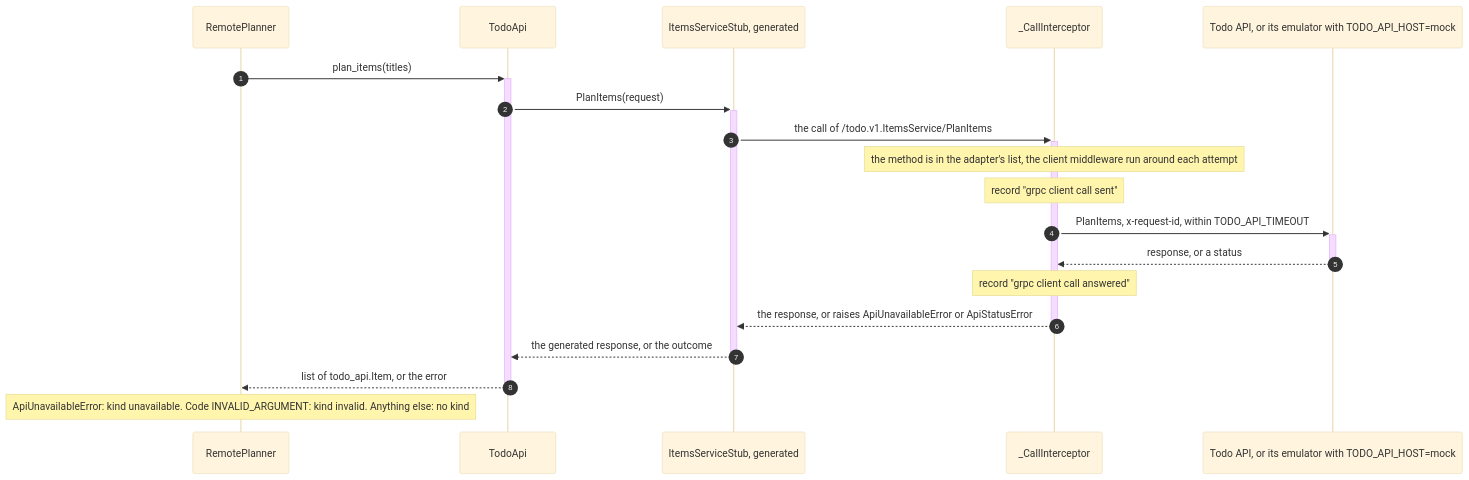
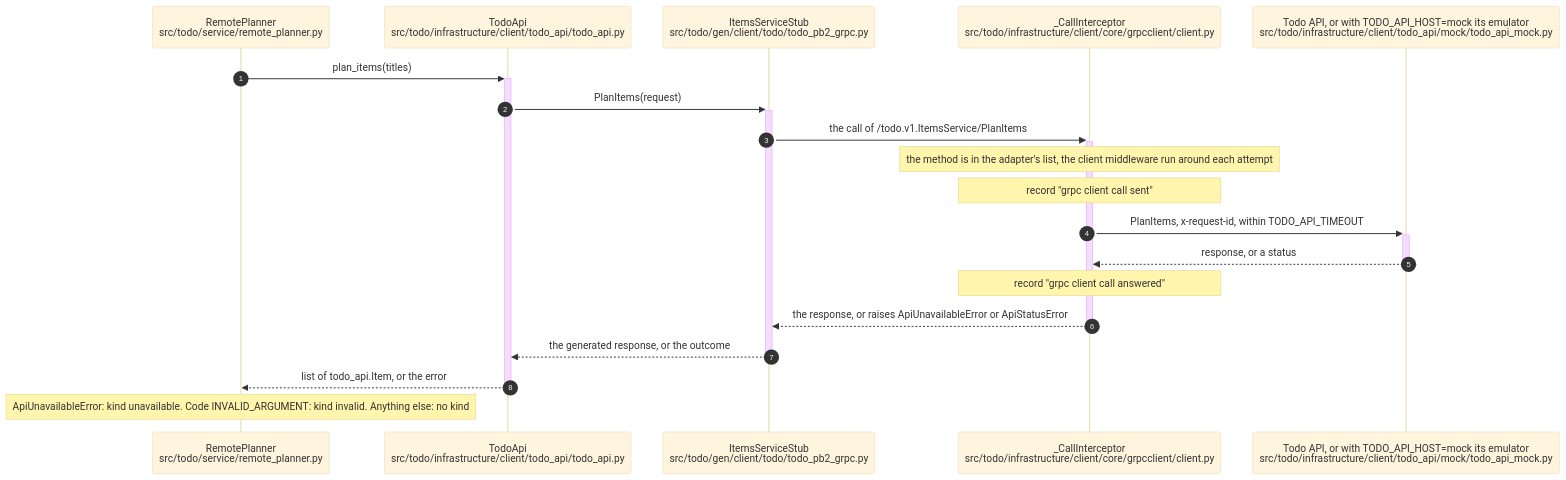
The diagram in library/architecture/python/vp-grpc-client-in-python.skill/diagrams/example-flow.mmd (InsonusK/ai-skills), drawn with Mermaid (base theme) before and after one commit. The commit also changed 9 other files, not shown here.

Commit message:
vp-diagrams: each participant of a sequence names its real class and its file

```diff
--- a/library/architecture/python/vp-grpc-client-in-python.skill/diagrams/example-flow.mmd
+++ b/library/architecture/python/vp-grpc-client-in-python.skill/diagrams/example-flow.mmd
@@ -1,20 +1,20 @@
 sequenceDiagram
     autonumber
-    participant Service as RemotePlanner
-    participant Adapter as TodoApi
-    participant Stub as ItemsServiceStub, generated
-    participant Interceptor as _CallInterceptor
-    participant API as Todo API, or its emulator with TODO_API_HOST=mock
+    participant Service as RemotePlanner<br/>src/todo/service/remote_planner.py
+    participant Adapter as TodoApi<br/>src/todo/infrastructure/client/todo_api/todo_api.py
+    participant Stub as ItemsServiceStub<br/>src/todo/gen/client/todo/todo_pb2_grpc.py
+    participant Interceptor as _CallInterceptor<br/>src/todo/infrastructure/client/core/grpcclient/client.py
+    participant API as Todo API, or with TODO_API_HOST=mock its emulator<br/>src/todo/infrastructure/client/todo_api/mock/todo_api_mock.py
 
     Service->>+Adapter: plan_items(titles)
     Adapter->>+Stub: PlanItems(request)
     Stub->>+Interceptor: the call of /todo.v1.ItemsService/PlanItems
     Note over Interceptor: the method is in the adapter's list, the client middleware run around each attempt
     Note over Interceptor: record "grpc client call sent"
     Interceptor->>+API: PlanItems, x-request-id, within TODO_API_TIMEOUT
     API-->>-Interceptor: response, or a status
     Note over Interceptor: record "grpc client call answered"
     Interceptor-->>-Stub: the response, or raises ApiUnavailableError or ApiStatusError
     Stub-->>-Adapter: the generated response, or the outcome
     Adapter-->>-Service: list of todo_api.Item, or the error
     Note over Service: ApiUnavailableError: kind unavailable. Code INVALID_ARGUMENT: kind invalid. Anything else: no kind
```
